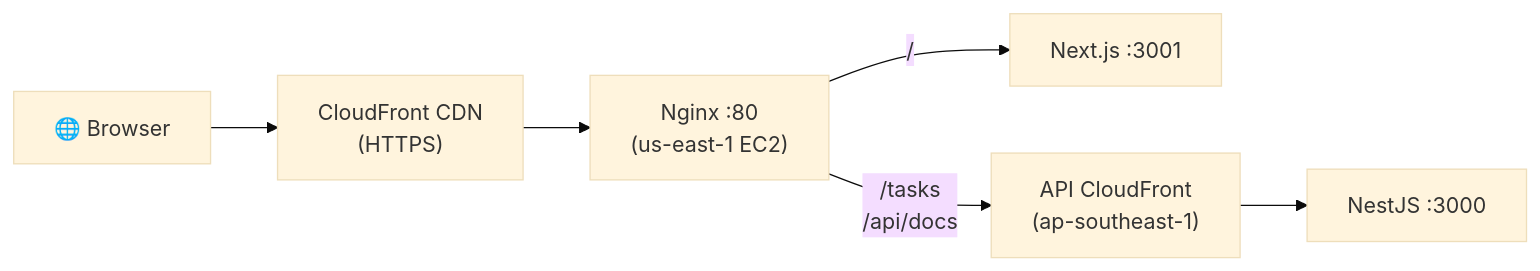
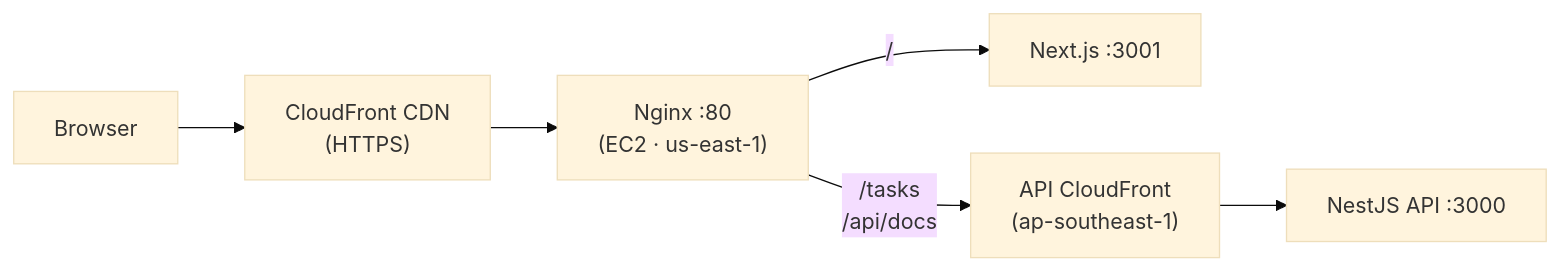
One commit to nurulizyansyaza/personal-task-tracker-frontend changed the third of 3 diagrams in README.md. Above: the diagram before and after it, drawn with Mermaid (base theme). The commit also changed other lines of this file and 4 other files, not shown here.

````diff
--- a/README.md
+++ b/README.md
@@ -26,8 +257,8 @@
 ```mermaid
 flowchart LR
-    Browser["🌐 Browser"] --> CF["CloudFront CDN<br/>(HTTPS)"]
-    CF --> NGINX["Nginx :80<br/>(us-east-1 EC2)"]
-    NGINX -->|"/"| NextJS["Next.js :3001"]
-    NGINX -->|"/tasks<br/>/api/docs"| CF_API["API CloudFront<br/>(ap-southeast-1)"]
-    CF_API --> API["NestJS :3000"]
+ Browser[" Browser"] --> CF_FE["CloudFront CDN<br/>(HTTPS)"]
+ CF_FE --> NGINX["Nginx :80<br/>(EC2 · us-east-1)"]
+ NGINX -->|"/"| NextJS["Next.js :3001"]
+ NGINX -->|"/tasks<br/>/api/docs"| CF_API["API CloudFront<br/>(ap-southeast-1)"]
+ CF_API --> API["NestJS API :3000"]
 ```
````
